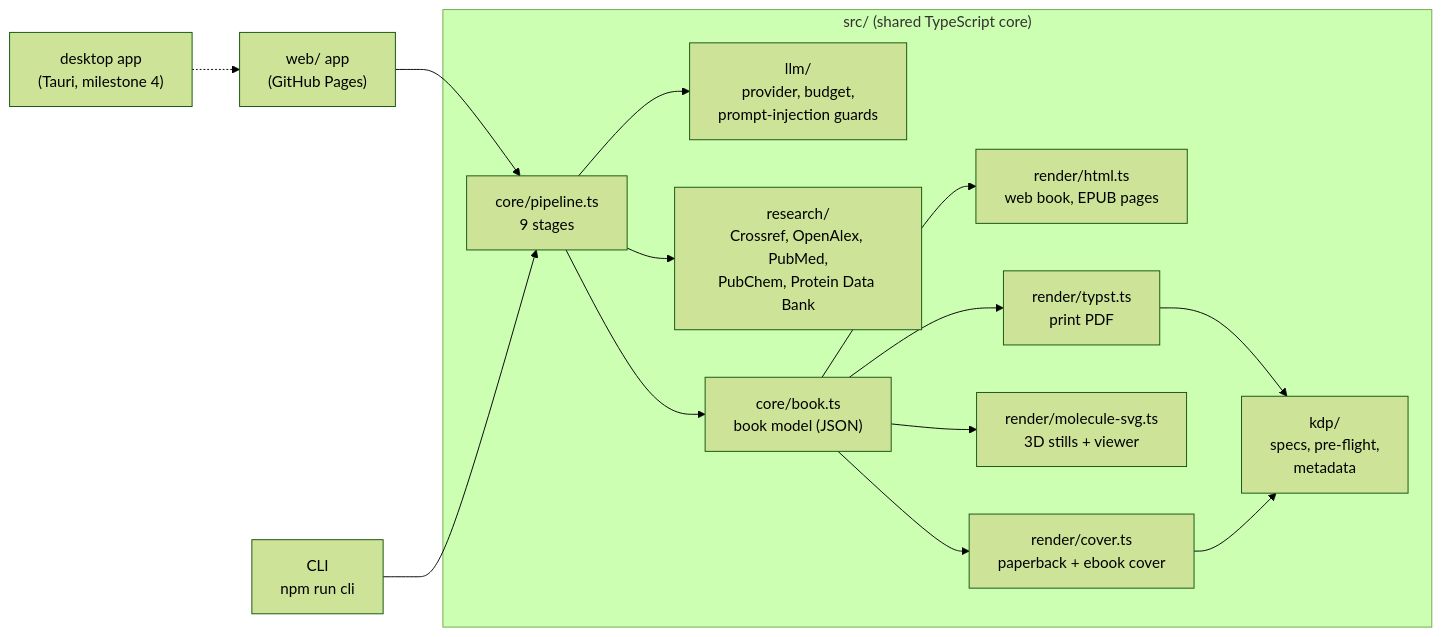
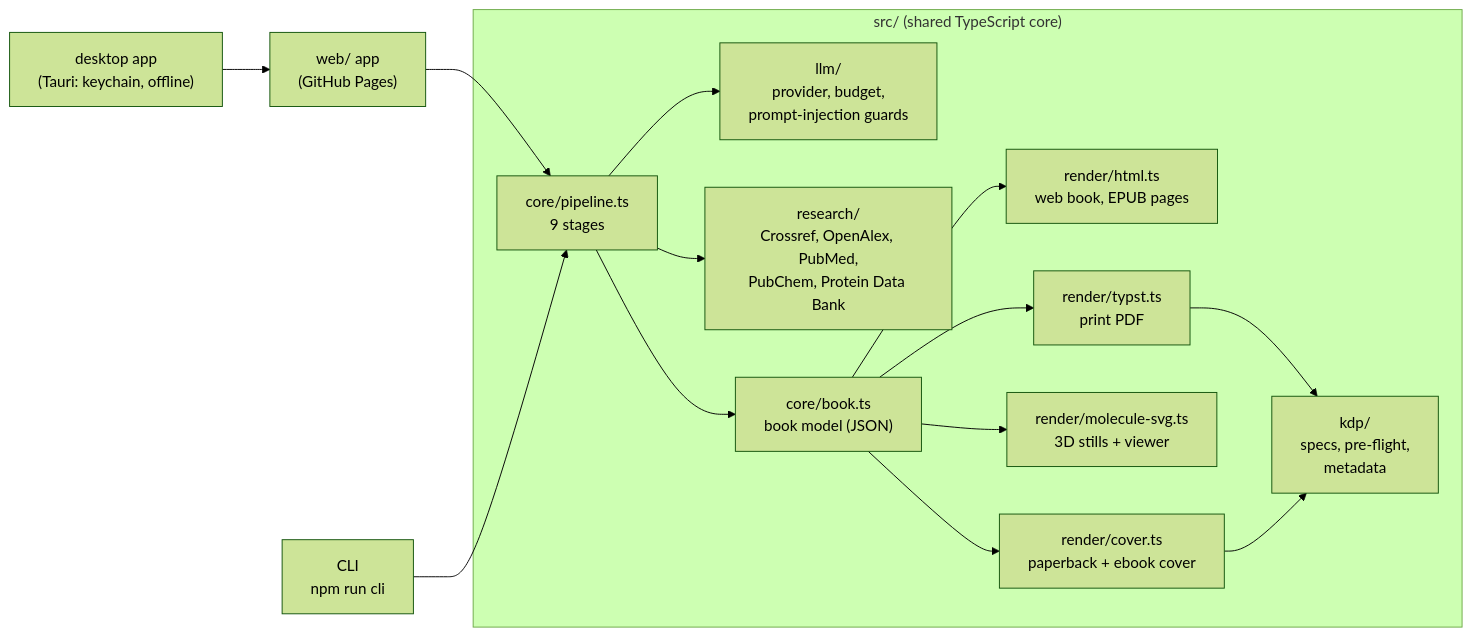
Before and after one commit to Normansrule/scriptorium: the first of 2 diagrams in README.md, drawn with Mermaid (forest theme). The commit also changed other lines of this file and 50 other files, not shown here.

First line of the commit message:
Add the desktop app (milestone 4): Tauri shell with OS-keychain key storage and release installers

````diff
--- a/README.md
+++ b/README.md
@@ -127,17 +136,17 @@
 ```mermaid
 flowchart LR
   subgraph core["src/ (shared TypeScript core)"]
     P["core/pipeline.ts<br/>9 stages"] --> M["llm/<br/>provider, budget,<br/>prompt-injection guards"]
     P --> R["research/<br/>Crossref, OpenAlex, PubMed,<br/>PubChem, Protein Data Bank"]
     P --> B["core/book.ts<br/>book model (JSON)"]
     B --> H["render/html.ts<br/>web book, EPUB pages"]
     B --> T["render/typst.ts<br/>print PDF"]
     B --> V["render/molecule-svg.ts<br/>3D stills + viewer"]
     B --> CV["render/cover.ts<br/>paperback + ebook cover"]
     T --> K["kdp/<br/>specs, pre-flight,<br/>metadata"]
     CV --> K
   end
   W["web/ app<br/>(GitHub Pages)"] --> P
   C["CLI<br/>npm run cli"] --> P
-  D["desktop app<br/>(Tauri, milestone 4)"] -.-> W
+  D["desktop app<br/>(Tauri: keychain, offline)"] --> W
 ```
````
